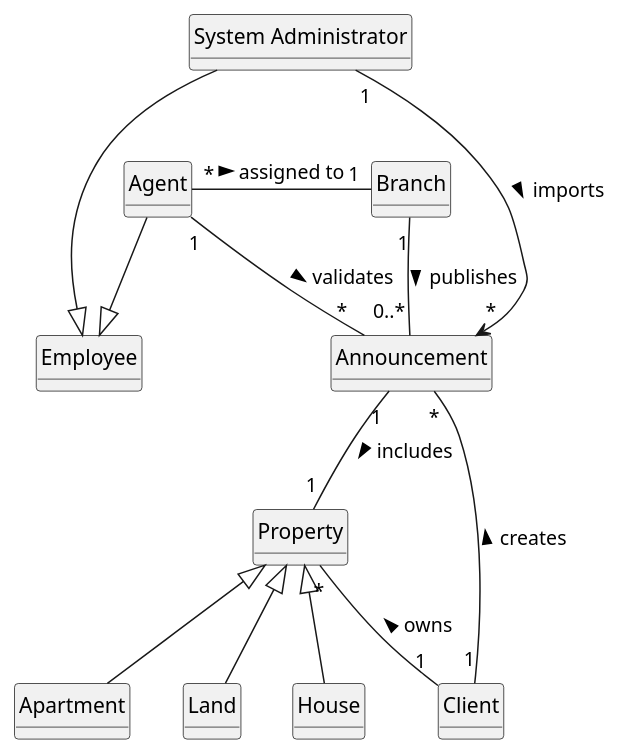
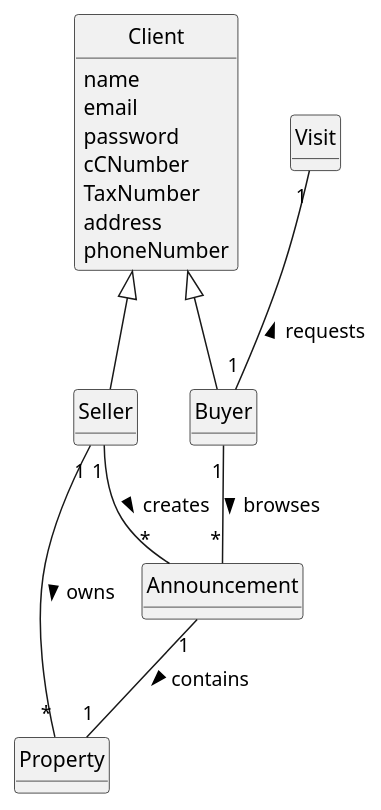
Before and after one commit to tiagohcorreia/LAPR2: the diagram in docs/sprintC/US012/02.analysis/puml/us012-domain-model.puml, drawn with PlantUML. The commit also changed 1 other file, not shown here.

```diff
--- a/docs/sprintC/US012/02.analysis/puml/us012-domain-model.puml
+++ b/docs/sprintC/US012/02.analysis/puml/us012-domain-model.puml
@@ -1,49 +1,84 @@
 @startuml
+'https://plantuml.com/class-diagram
+
 skinparam monochrome true
 skinparam packageStyle rectangle
 skinparam shadowing false
 
+'skinparam linetype ortho
 'left to right direction
-
 skinparam classAttributeIconSize 0
-
+skinparam groupInheritance 1
 hide circle
 hide methods
 
-class Branch {
+
+
+
+Announcement "1" -- "1" Property: contains >
+
+'Network "1" -- "*" Employee: employs >
+
+
+
+'Agent -|> Employee
+
+
+
+
+together {
+Client <|-- Buyer
+Client <|-- Seller
+}
+
+Seller "1" - "*" Property: owns >
+Seller "1" - "*" Announcement: creates >
+Visit "1" -- "1" Buyer: requests <
+Buyer "1" -- "*" Announcement: browses >
+'Visit "1" - "1" Agent: scheduled by >
+
+
+
+'class Network{
+
+'}
+
+
+
+class Client {
+name
+email
+password
+cCNumber
+TaxNumber
+address
+phoneNumber
+}
+class Buyer
+class Seller
+
+class Visit{
+
+}
+
+class Announcement{
+'listingID
+'visible
+'price
+'commission
+'typeOfBusiness
 }
 
 
-class Employee {
-
+class Property{
+'area
+'city
+'cityCenterDistance
+'photographs
 }
-
-class "System Administrator" as sa{
-}
-
-sa -|> Employee
-sa "1" ---> "*" Announcement: imports >
 
 
 
-Property <|-- House
-Property <|-- Apartment
-Property <|-- Land
-
-
-Announcement "1" -- "1" Property: includes >
-
-Branch "1" -- "0..*" Announcement: publishes >
-
-Agent "*" - "1" Branch: assigned to >
-Agent --|> Employee
-'Employee -|> User
-Agent "1" -- "*" Announcement: validates >
-'Client "0..1" - "*" Property: owns >
-Property "*" -- "1" Client : owns <
-'Client "*" -|> "1" User
-Client "1" -- "*" Announcement: creates >
-'"Unregistered User" "1" ---|> "1" User
 
 
 @enduml
```
